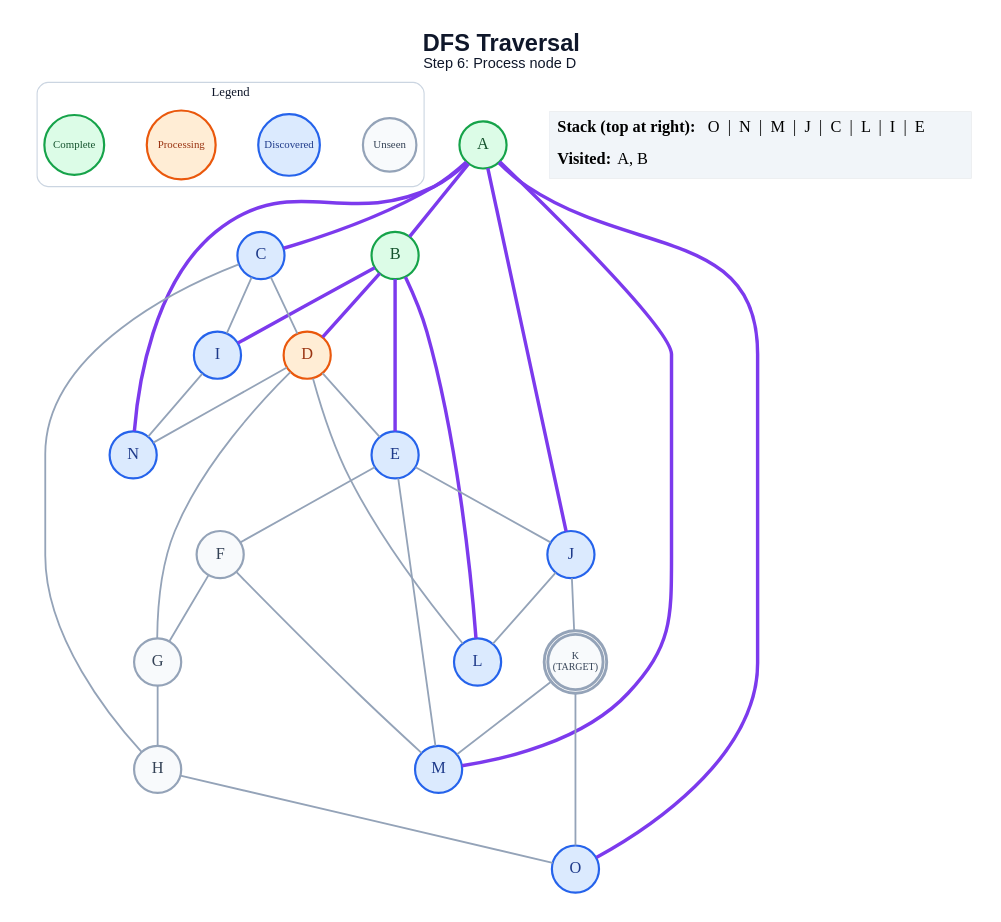
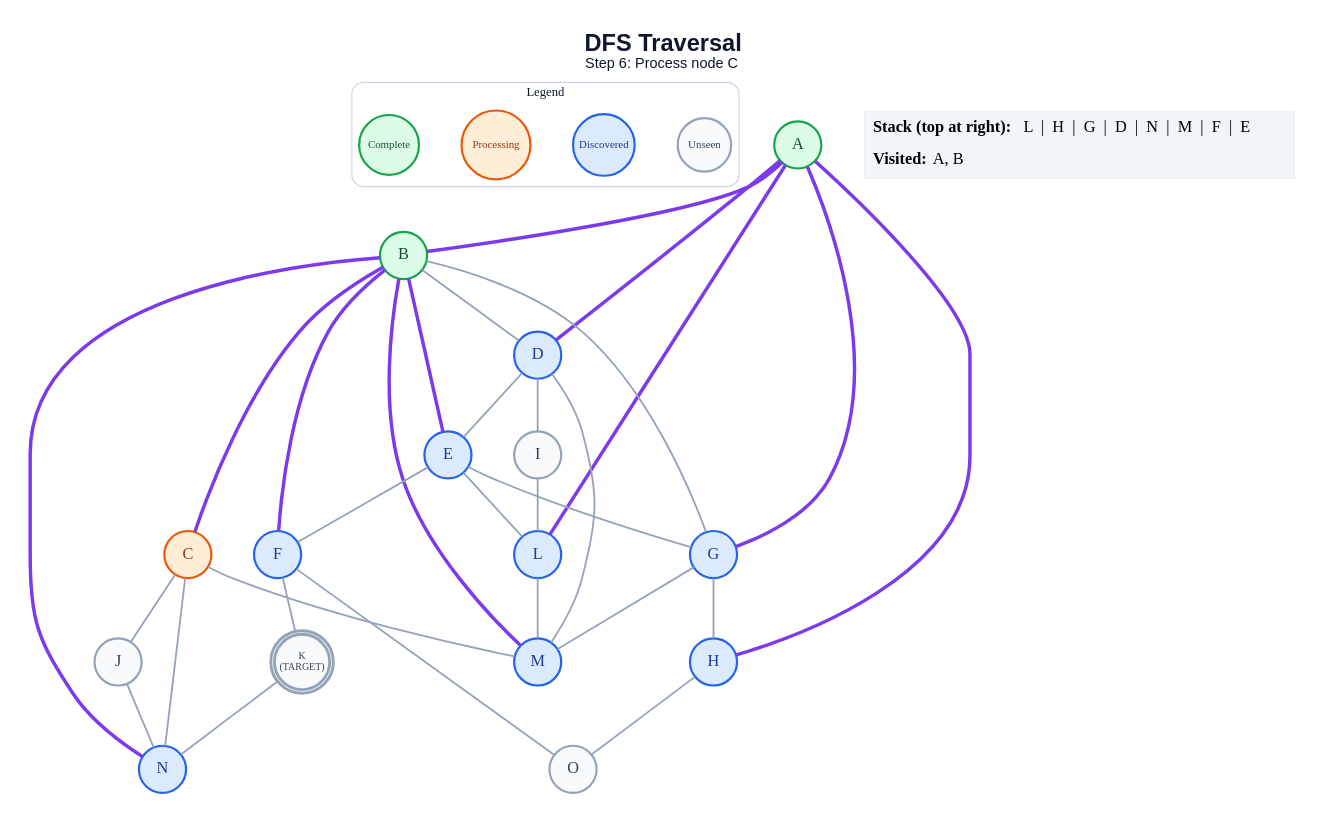
One commit to anon7238593-create/ai-slop changed the diagram in generated/short-circuit/dfs/step_06.dot. Above: the diagram before and after it, drawn with Graphviz. The commit also changed 328 other files, not shown here.

```diff
--- a/generated/short-circuit/dfs/step_06.dot
+++ b/generated/short-circuit/dfs/step_06.dot
@@ -1,63 +1,64 @@
 graph traversal {
   graph [layout=dot, rankdir=TB, bgcolor="#FFFFFF", pad="0.35", nodesep="0.65", ranksep="0.8", fontname="Arial"];
   node [shape=circle, style="filled", fontname="Arial Bold", fontsize=18, width=0.72, fixedsize=true, penwidth=2.4];
   edge [color="#94A3B8", penwidth=2.0];
-  label=<<B>DFS Traversal</B><BR/><FONT POINT-SIZE="16">Step 6: Process node D</FONT>>; labelloc="t"; fontsize=26; fontname="Arial"; fontcolor="#0F172A";
+  label=<<B>DFS Traversal</B><BR/><FONT POINT-SIZE="16">Step 6: Process node C</FONT>>; labelloc="t"; fontsize=26; fontname="Arial"; fontcolor="#0F172A";
   subgraph cluster_legend { label="Legend"; color="#CBD5E1"; penwidth=1.2; style="rounded"; fontsize=14; fontname="Arial Bold";
     key_unseen [label="Unseen", fillcolor="#F8FAFC", color="#94A3B8", fontcolor="#334155", fontsize=12, width=0.82];
     key_frontier [label="Discovered", fillcolor="#DBEAFE", color="#2563EB", fontcolor="#1E3A8A", fontsize=12, width=0.95];
     key_current [label="Processing", fillcolor="#FFEDD5", color="#EA580C", fontcolor="#9A3412", fontsize=12, width=1.05];
     key_done [label="Complete", fillcolor="#DCFCE7", color="#16A34A", fontcolor="#14532D", fontsize=12, width=0.92];
     { rank=same; key_unseen; key_frontier; key_current; key_done; }
   }
   A [label="A", fillcolor="#DCFCE7", color="#16A34A", fontcolor="#14532D", peripheries=1, penwidth=2.4];
   B [label="B", fillcolor="#DCFCE7", color="#16A34A", fontcolor="#14532D", peripheries=1, penwidth=2.4];
-  C [label="C", fillcolor="#DBEAFE", color="#2563EB", fontcolor="#1E3A8A", peripheries=1, penwidth=2.4];
-  D [label="D", fillcolor="#FFEDD5", color="#EA580C", fontcolor="#9A3412", peripheries=1, penwidth=2.4];
+  C [label="C", fillcolor="#FFEDD5", color="#EA580C", fontcolor="#9A3412", peripheries=1, penwidth=2.4];
+  D [label="D", fillcolor="#DBEAFE", color="#2563EB", fontcolor="#1E3A8A", peripheries=1, penwidth=2.4];
   E [label="E", fillcolor="#DBEAFE", color="#2563EB", fontcolor="#1E3A8A", peripheries=1, penwidth=2.4];
-  F [label="F", fillcolor="#F8FAFC", color="#94A3B8", fontcolor="#334155", peripheries=1, penwidth=2.4];
-  G [label="G", fillcolor="#F8FAFC", color="#94A3B8", fontcolor="#334155", peripheries=1, penwidth=2.4];
-  H [label="H", fillcolor="#F8FAFC", color="#94A3B8", fontcolor="#334155", peripheries=1, penwidth=2.4];
-  I [label="I", fillcolor="#DBEAFE", color="#2563EB", fontcolor="#1E3A8A", peripheries=1, penwidth=2.4];
-  J [label="J", fillcolor="#DBEAFE", color="#2563EB", fontcolor="#1E3A8A", peripheries=1, penwidth=2.4];
+  F [label="F", fillcolor="#DBEAFE", color="#2563EB", fontcolor="#1E3A8A", peripheries=1, penwidth=2.4];
+  G [label="G", fillcolor="#DBEAFE", color="#2563EB", fontcolor="#1E3A8A", peripheries=1, penwidth=2.4];
+  H [label="H", fillcolor="#DBEAFE", color="#2563EB", fontcolor="#1E3A8A", peripheries=1, penwidth=2.4];
+  I [label="I", fillcolor="#F8FAFC", color="#94A3B8", fontcolor="#334155", peripheries=1, penwidth=2.4];
+  J [label="J", fillcolor="#F8FAFC", color="#94A3B8", fontcolor="#334155", peripheries=1, penwidth=2.4];
   K [label="K\n(TARGET)", fillcolor="#F8FAFC", color="#94A3B8", fontcolor="#334155", peripheries=2, penwidth=3.2, fontsize=11, width=0.85, height=0.85];
   L [label="L", fillcolor="#DBEAFE", color="#2563EB", fontcolor="#1E3A8A", peripheries=1, penwidth=2.4];
   M [label="M", fillcolor="#DBEAFE", color="#2563EB", fontcolor="#1E3A8A", peripheries=1, penwidth=2.4];
   N [label="N", fillcolor="#DBEAFE", color="#2563EB", fontcolor="#1E3A8A", peripheries=1, penwidth=2.4];
-  O [label="O", fillcolor="#DBEAFE", color="#2563EB", fontcolor="#1E3A8A", peripheries=1, penwidth=2.4];
+  O [label="O", fillcolor="#F8FAFC", color="#94A3B8", fontcolor="#334155", peripheries=1, penwidth=2.4];
   A -- B [color="#7C3AED", penwidth=3.8];
-  A -- C [color="#7C3AED", penwidth=3.8];
-  A -- J [color="#7C3AED", penwidth=3.8];
-  A -- M [color="#7C3AED", penwidth=3.8];
-  A -- N [color="#7C3AED", penwidth=3.8];
-  A -- O [color="#7C3AED", penwidth=3.8];
-  B -- D [color="#7C3AED", penwidth=3.8];
+  A -- D [color="#7C3AED", penwidth=3.8];
+  A -- G [color="#7C3AED", penwidth=3.8];
+  A -- H [color="#7C3AED", penwidth=3.8];
+  A -- L [color="#7C3AED", penwidth=3.8];
+  B -- C [color="#7C3AED", penwidth=3.8];
+  B -- D;
   B -- E [color="#7C3AED", penwidth=3.8];
-  B -- I [color="#7C3AED", penwidth=3.8];
-  B -- L [color="#7C3AED", penwidth=3.8];
-  C -- D;
-  C -- H;
-  C -- I;
+  B -- F [color="#7C3AED", penwidth=3.8];
+  B -- G;
+  B -- M [color="#7C3AED", penwidth=3.8];
+  B -- N [color="#7C3AED", penwidth=3.8];
+  C -- J;
+  C -- M;
+  C -- N;
   D -- E;
-  D -- G;
-  D -- L;
-  D -- N;
+  D -- I;
+  D -- M;
   E -- F;
-  E -- J;
-  E -- M;
-  F -- G;
-  F -- M;
+  E -- G;
+  E -- L;
+  F -- K;
+  F -- O;
   G -- H;
+  G -- M;
   H -- O;
-  I -- N;
-  J -- K;
-  J -- L;
-  K -- M;
-  K -- O;
+  I -- L;
+  J -- N;
+  K -- N;
+  L -- M;
   status [shape=plain, fixedsize=false, width=0, height=0, margin=0, label=<
     <TABLE BORDER="0" CELLBORDER="0" CELLPADDING="7" BGCOLOR="#F1F5F9">
-      <TR><TD ALIGN="LEFT"><B>Stack (top at right):</B> O  |  N  |  M  |  J  |  C  |  L  |  I  |  E</TD></TR>
+      <TR><TD ALIGN="LEFT"><B>Stack (top at right):</B> L  |  H  |  G  |  D  |  N  |  M  |  F  |  E</TD></TR>
       <TR><TD ALIGN="LEFT"><B>Visited:</B> A, B</TD></TR>
     </TABLE>
   >];
 }
```
